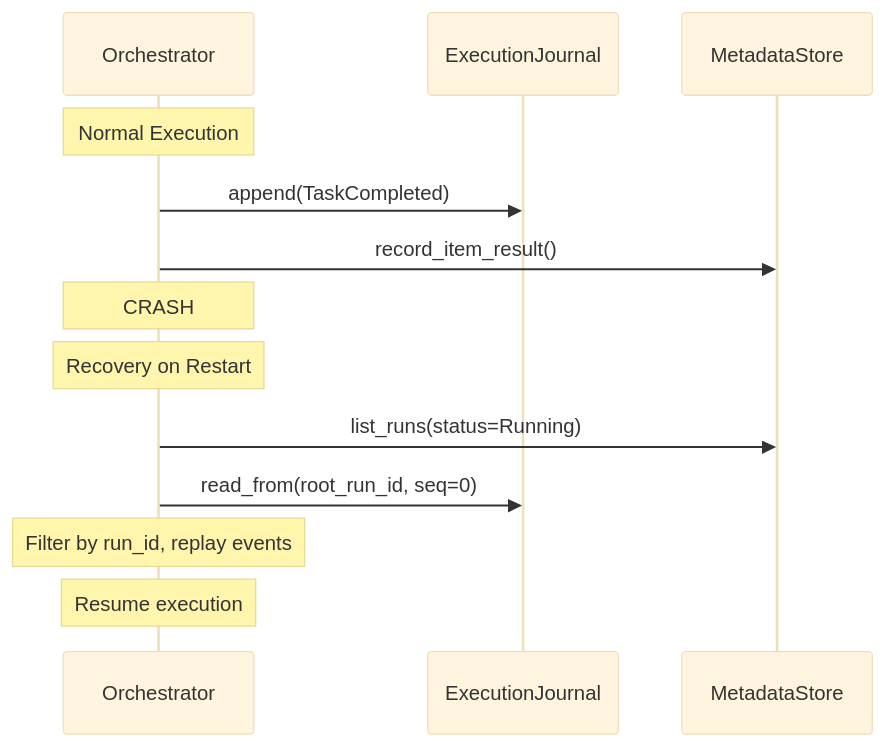
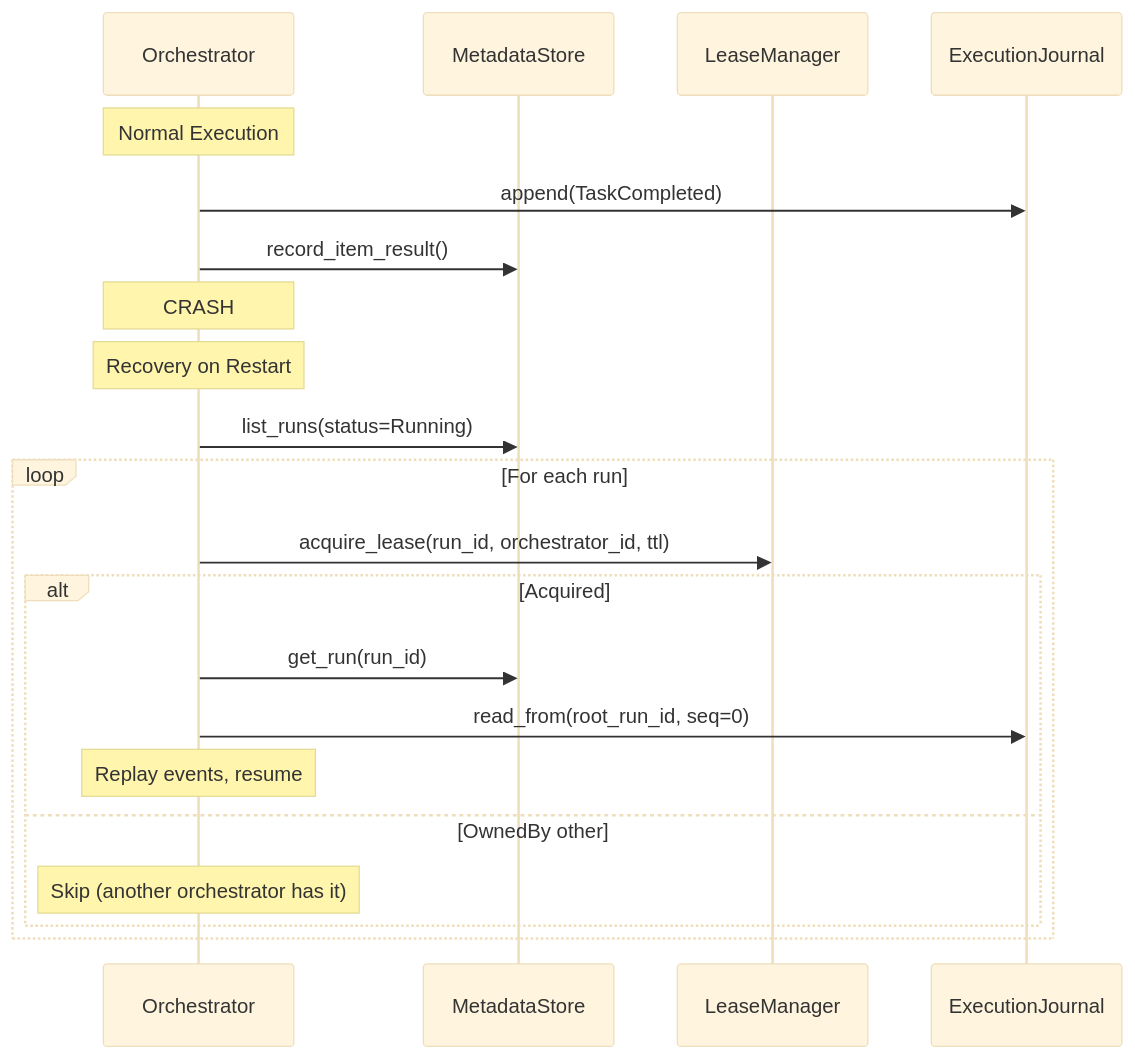
One commit to stepflow-ai/stepflow changed the second of 3 diagrams in docs/docs/deployment/persistence-recovery.md. Above: the diagram before and after it, drawn with Mermaid (base theme). The commit also changed other lines of this file and 18 other files, not shown here.

First line of the commit message:
refactor: Refine LeaseManager trait and add orchestrator tracking (#604)

````diff
--- a/docs/docs/deployment/persistence-recovery.md
+++ b/docs/docs/deployment/persistence-recovery.md
@@ -106,18 +107,26 @@
 ```mermaid
 sequenceDiagram
     participant Orch as Orchestrator
+    participant Meta as MetadataStore
+    participant Lease as LeaseManager
     participant Journal as ExecutionJournal
-    participant Meta as MetadataStore
 
     Note over Orch: Normal Execution
     Orch->>Journal: append(TaskCompleted)
     Orch->>Meta: record_item_result()
 
     Note over Orch: CRASH
 
     Note over Orch: Recovery on Restart
     Orch->>Meta: list_runs(status=Running)
-    Orch->>Journal: read_from(root_run_id, seq=0)
-    Note over Orch: Filter by run_id, replay events
-    Note over Orch: Resume execution
+    loop For each run
+        Orch->>Lease: acquire_lease(run_id, orchestrator_id, ttl)
+        alt Acquired
+            Orch->>Meta: get_run(run_id)
+            Orch->>Journal: read_from(root_run_id, seq=0)
+            Note over Orch: Replay events, resume
+        else OwnedBy other
+            Note over Orch: Skip (another orchestrator has it)
+        end
+    end
 ```
````
